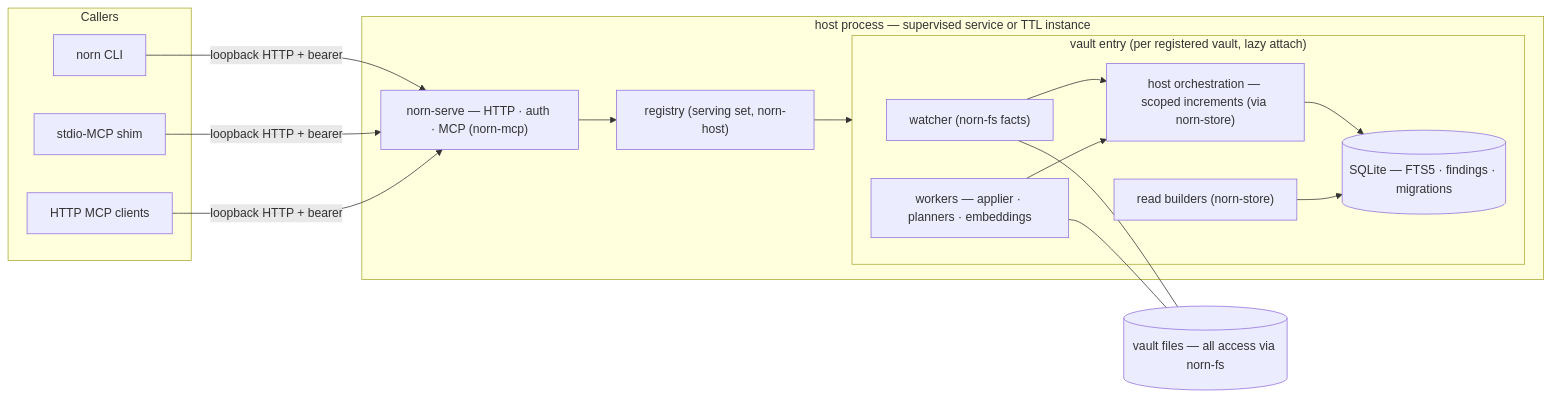
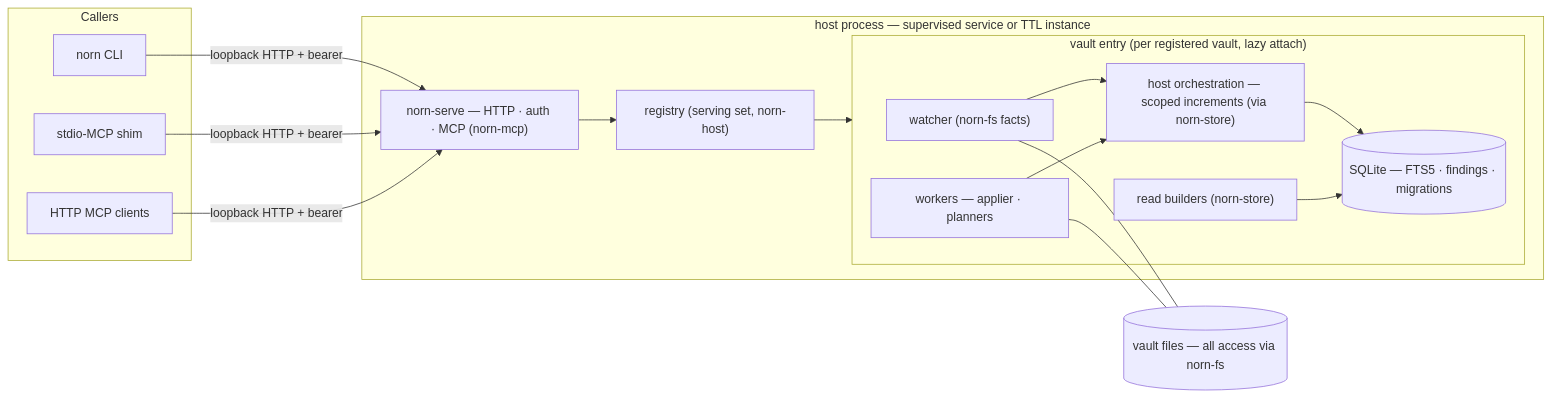
Before and after one commit to dbtlr/norn-next: the second of 3 diagrams in docs/architecture.md, drawn with Mermaid. The commit also changed 5 other files, not shown here.

````diff
--- a/docs/architecture.md
+++ b/docs/architecture.md
@@ -1109,23 +1109,23 @@
 ```mermaid
 graph LR
   subgraph callers["Callers"]
     cli["norn CLI"]
     shim["stdio-MCP shim"]
     agents["HTTP MCP clients"]
   end
   cli -- "loopback HTTP + bearer" --> api
   shim -- "loopback HTTP + bearer" --> api
   agents -- "loopback HTTP + bearer" --> api
   subgraph hostp["host process — supervised service or TTL instance"]
     api["norn-serve — HTTP · auth · MCP (norn-mcp)"] --> reg["registry (serving set, norn-host)"]
     reg --> v1
     subgraph v1["vault entry (per registered vault, lazy attach)"]
       watcher["watcher (norn-fs facts)"] --> orch["host orchestration — scoped increments (via norn-store)"]
-      workers["workers — applier · planners · embeddings"] --> orch
+      workers["workers — applier · planners"] --> orch
       orch --> db[("SQLite — FTS5 · findings · migrations")]
       reads["read builders (norn-store)"] --> db
     end
   end
   watcher --- files[("vault files — all access via norn-fs")]
   workers --- files
 ```
````
